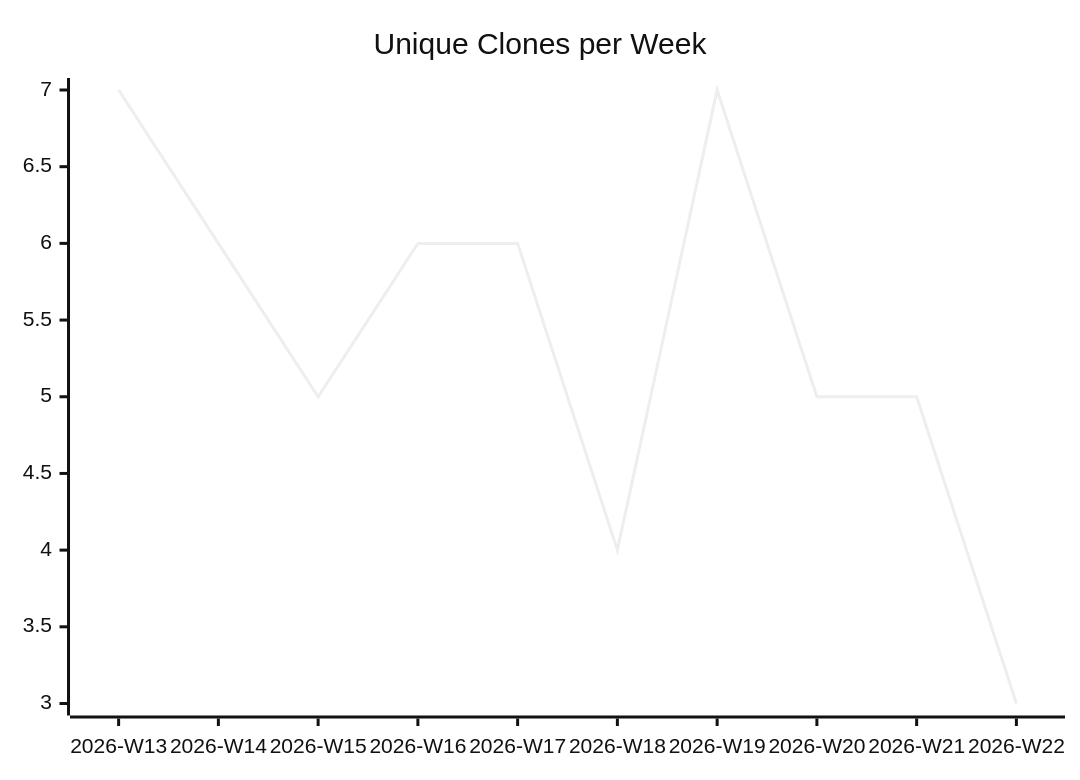
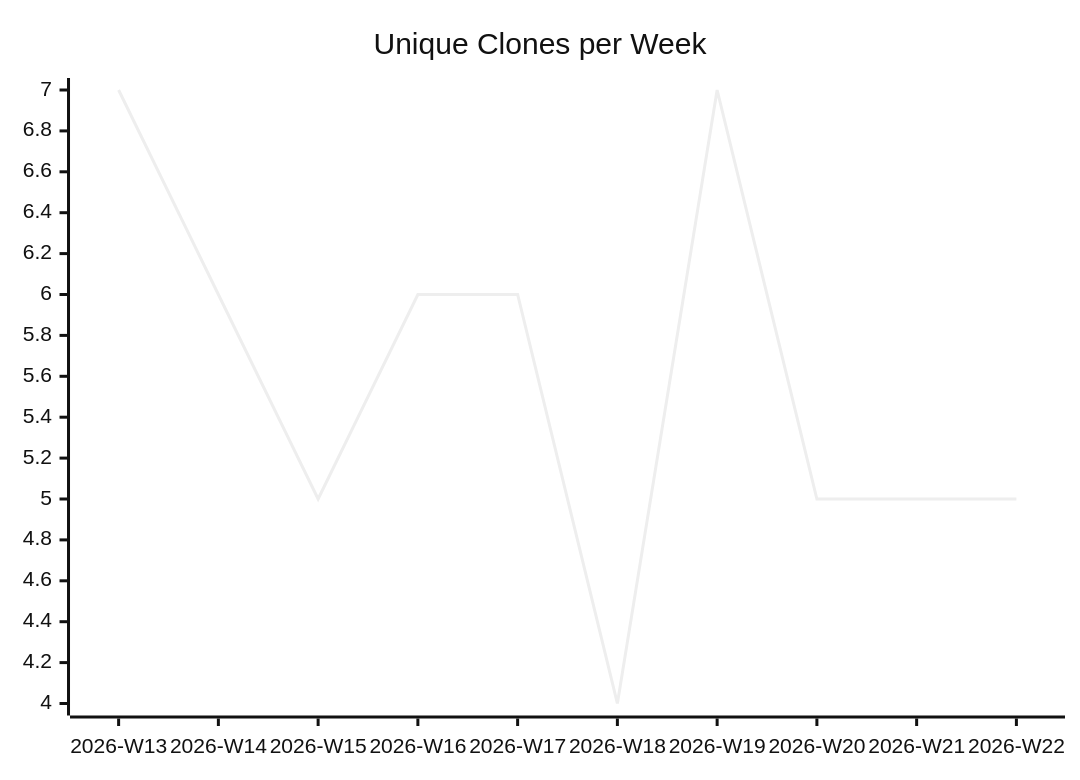
One commit to justdavis-family/github-analytics-data changed the third of 3 diagrams in karlmdavis/lego-ev3dev-rs/README.md. Above: the diagram before and after it, drawn with Mermaid (neutral theme). The commit also changed other lines of this file and 189 other files, not shown here.

````diff
--- a/karlmdavis/lego-ev3dev-rs/README.md
+++ b/karlmdavis/lego-ev3dev-rs/README.md
@@ -19,6 +19,6 @@
 ```mermaid
 xychart-beta
   title "Unique Clones per Week"
   x-axis ["2026-W13", "2026-W14", "2026-W15", "2026-W16", "2026-W17", "2026-W18", "2026-W19", "2026-W20", "2026-W21", "2026-W22"]
-  line [7, 6, 5, 6, 6, 4, 7, 5, 5, 3]
+  line [7, 6, 5, 6, 6, 4, 7, 5, 5, 5]
 ```
````
